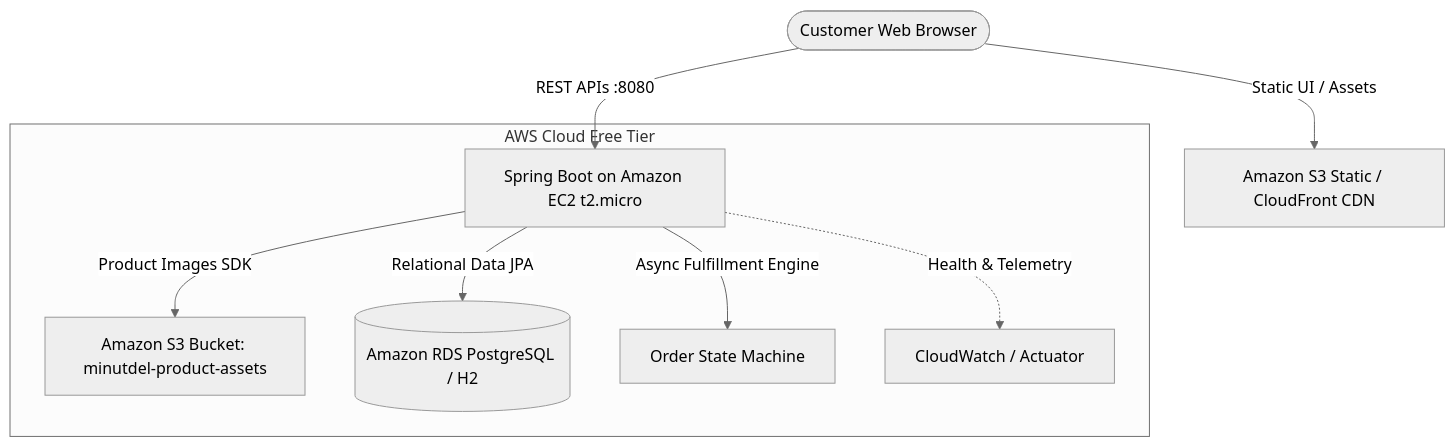
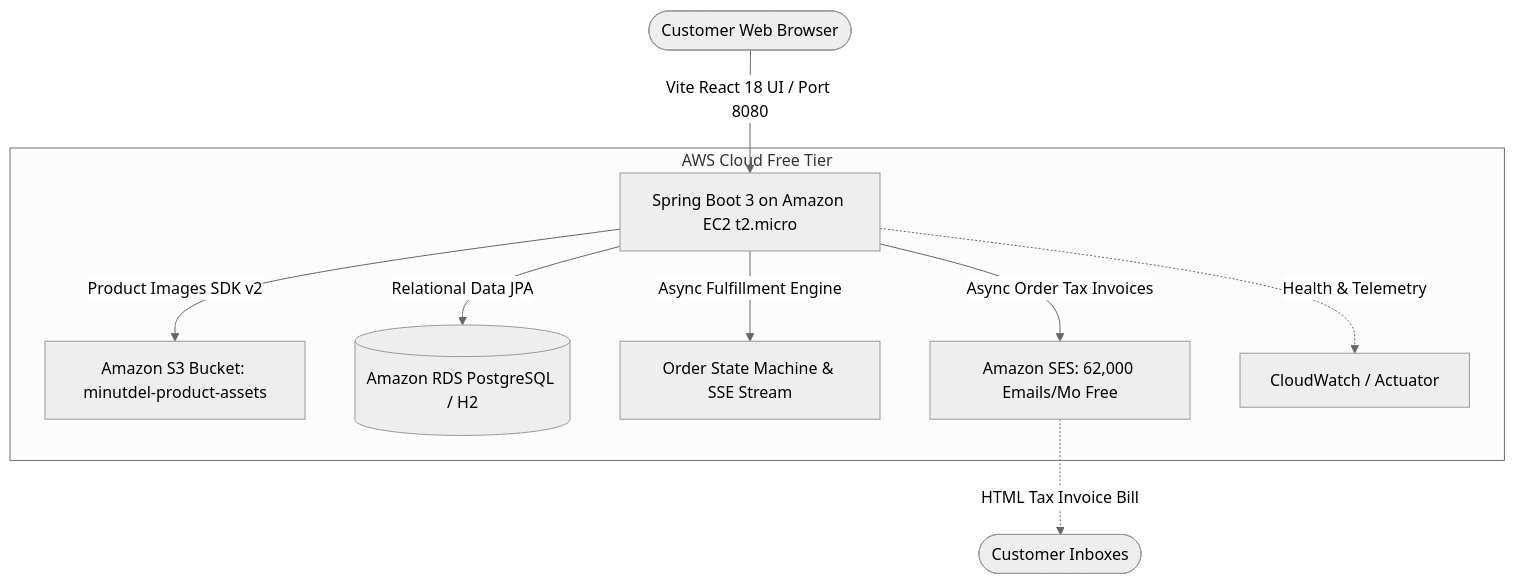
One commit to ArnavAstu/MinutDel changed the diagram in README.md. Above: the diagram before and after it, drawn with Mermaid (neutral theme). The commit also changed other lines of this file and 44 other files, not shown here.

Commit message:
Add Amazon SES email billing, customer checkout info, AI meal assistant, admin analytics, and SSE order tracking

````diff
--- a/README.md
+++ b/README.md
@@ -9,12 +9,14 @@
 ```mermaid
 flowchart TD
-    User([Customer Web Browser]) -->|Static UI / Assets| S3Web[Amazon S3 Static / CloudFront CDN]
-    User -->|REST APIs :8080| EC2[Spring Boot on Amazon EC2 t2.micro]
+    User([Customer Web Browser]) -->|Vite React 18 UI / Port 8080| EC2[Spring Boot 3 on Amazon EC2 t2.micro]
 
     subgraph AWS Cloud Free Tier
-        EC2 -->|Product Images SDK| S3Media[Amazon S3 Bucket: minutdel-product-assets]
+        EC2 -->|Product Images SDK v2| S3Media[Amazon S3 Bucket: minutdel-product-assets]
         EC2 -->|Relational Data JPA| RDS[(Amazon RDS PostgreSQL / H2)]
-        EC2 -->|Async Fulfillment Engine| Sim[Order State Machine]
+        EC2 -->|Async Fulfillment Engine| Sim[Order State Machine & SSE Stream]
+        EC2 -->|Async Order Tax Invoices| SES[Amazon SES: 62,000 Emails/Mo Free]
         EC2 -.->|Health & Telemetry| CW[CloudWatch / Actuator]
     end
+
+    SES -.->|HTML Tax Invoice Bill| CustomerEmail([Customer Inboxes])
 ```
````
